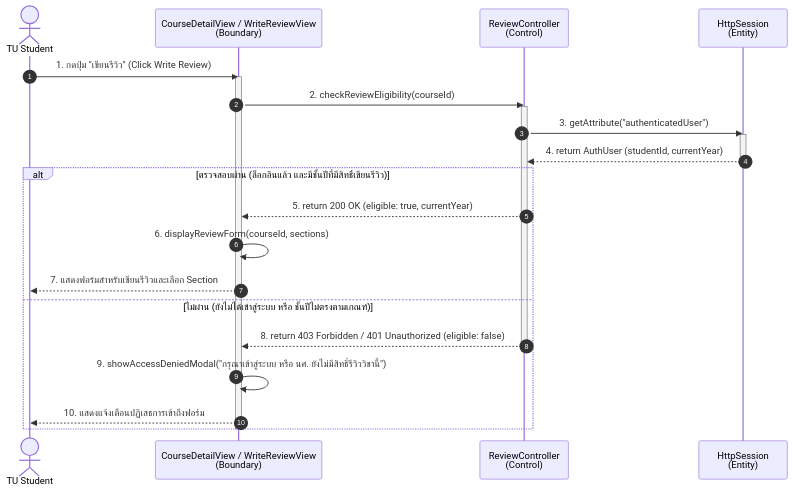
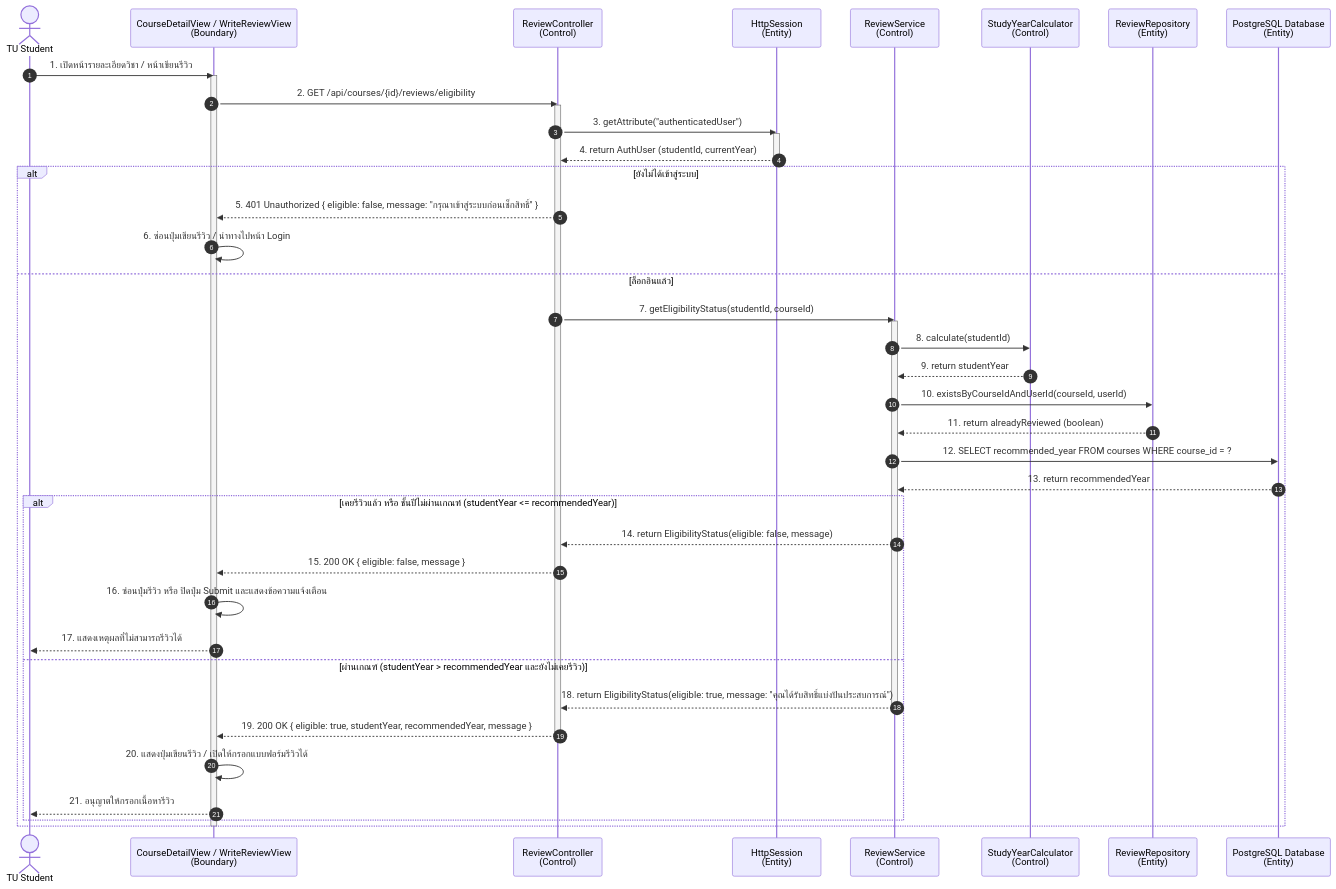
Before and after one commit to jubiep/CSTU-NEXUS: the third of 5 diagrams in docs/sequence-diagrams.md, drawn with Mermaid. The commit also changed other lines of this file and 6 other files, not shown here.

````diff
--- a/docs/sequence-diagrams.md
+++ b/docs/sequence-diagrams.md
@@ -104,30 +118,51 @@
 ```mermaid
 sequenceDiagram
     autonumber
     actor Student as TU Student
     participant View as CourseDetailView / WriteReviewView<br/>(Boundary)
     participant Ctrl as ReviewController<br/>(Control)
     participant Session as HttpSession<br/>(Entity)
+    participant Svc as ReviewService<br/>(Control)
+    participant Calc as StudyYearCalculator<br/>(Control)
+    participant Repo as ReviewRepository<br/>(Entity)
+    participant DB as PostgreSQL Database<br/>(Entity)
 
-    Student->>View: 1. กดปุ่ม "เขียนรีวิว" (Click Write Review)
+    Student->>View: 1. เปิดหน้ารายละเอียดวิชา / หน้าเขียนรีวิว
     activate View
-    View->>Ctrl: 2. checkReviewEligibility(courseId)
+    View->>Ctrl: 2. GET /api/courses/{id}/reviews/eligibility
     activate Ctrl
 
     Ctrl->>Session: 3. getAttribute("authenticatedUser")
     activate Session
     Session-->>Ctrl: 4. return AuthUser (studentId, currentYear)
     deactivate Session
 
-    alt ตรวจสอบผ่าน (ล็อกอินแล้ว และมีชั้นปีที่มีสิทธิ์เขียนรีวิว)
-        Ctrl-->>View: 5. return 200 OK (eligible: true, currentYear)
-        View->>View: 6. displayReviewForm(courseId, sections)
-        View-->>Student: 7. แสดงฟอร์มสำหรับเขียนรีวิวและเลือก Section
-    else ไม่ผ่าน (ยังไม่ได้เข้าสู่ระบบ หรือ ชั้นปีไม่ตรงตามเกณฑ์)
-        Ctrl-->>View: 8. return 403 Forbidden / 401 Unauthorized (eligible: false)
-        deactivate Ctrl
-        View->>View: 9. showAccessDeniedModal("กรุณาเข้าสู่ระบบ หรือ นศ. ยังไม่มีสิทธิ์รีวิววิชานี้")
-        View-->>Student: 10. แสดงแจ้งเตือนปฏิเสธการเข้าถึงฟอร์ม
+    alt ยังไม่ได้เข้าสู่ระบบ
+        Ctrl-->>View: 5. 401 Unauthorized { eligible: false, message: "กรุณาเข้าสู่ระบบก่อนเช็กสิทธิ์" }
+        View->>View: 6. ซ่อนปุ่มเขียนรีวิว / นำทางไปหน้า Login
+    else ล็อกอินแล้ว
+        Ctrl->>Svc: 7. getEligibilityStatus(studentId, courseId)
+        activate Svc
+        Svc->>Calc: 8. calculate(studentId)
+        Calc-->>Svc: 9. return studentYear
+        Svc->>Repo: 10. existsByCourseIdAndUserId(courseId, userId)
+        Repo-->>Svc: 11. return alreadyReviewed (boolean)
+        Svc->>DB: 12. SELECT recommended_year FROM courses WHERE course_id = ?
+        DB-->>Svc: 13. return recommendedYear
+
+        alt เคยรีวิวแล้ว หรือ ชั้นปีไม่ผ่านเกณฑ์ (studentYear <= recommendedYear)
+            Svc-->>Ctrl: 14. return EligibilityStatus(eligible: false, message)
+            Ctrl-->>View: 15. 200 OK { eligible: false, message }
+            View->>View: 16. ซ่อนปุ่มรีวิว หรือ ปิดปุ่ม Submit และแสดงข้อความแจ้งเตือน
+            View-->>Student: 17. แสดงเหตุผลที่ไม่สามารถรีวิวได้
+        else ผ่านเกณฑ์ (studentYear > recommendedYear และยังไม่เคยรีวิว)
+            Svc-->>Ctrl: 18. return EligibilityStatus(eligible: true, message: "คุณได้รับสิทธิ์แบ่งปันประสบการณ์")
+            deactivate Svc
+            Ctrl-->>View: 19. 200 OK { eligible: true, studentYear, recommendedYear, message }
+            deactivate Ctrl
+            View->>View: 20. แสดงปุ่มเขียนรีวิว / เปิดให้กรอกแบบฟอร์มรีวิวได้
+            View-->>Student: 21. อนุญาตให้กรอกเนื้อหารีวิว
+        end
     end
     deactivate View
 ```
````
